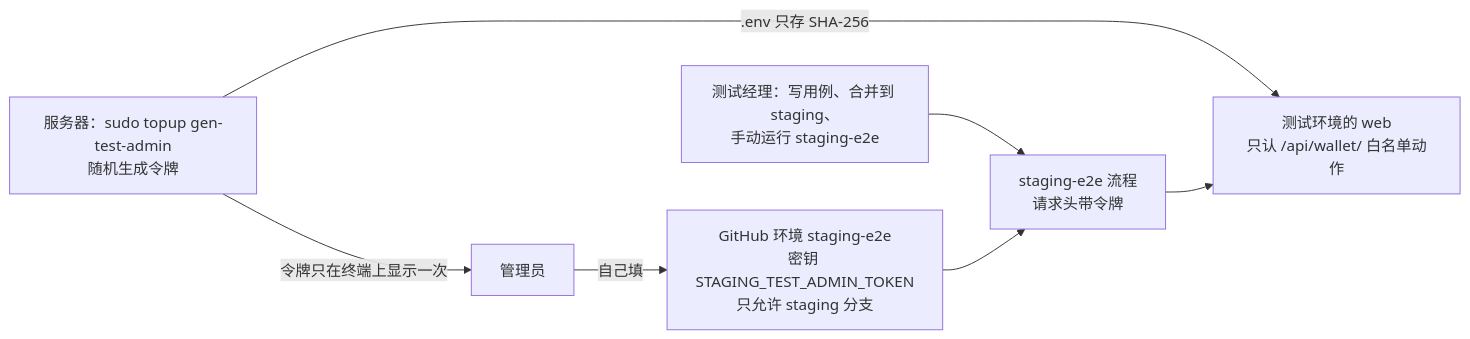
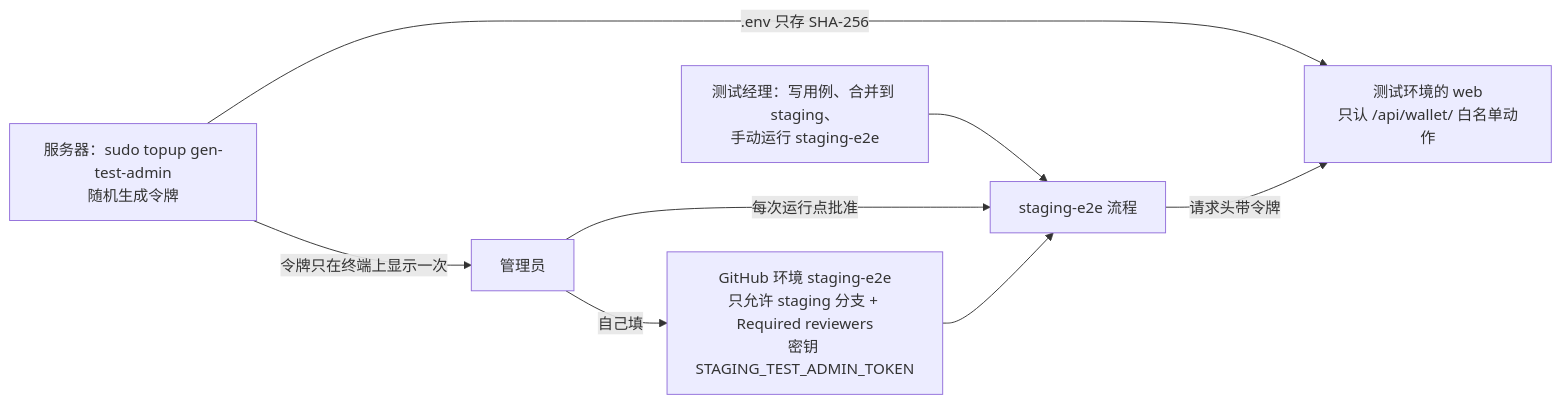
The second of 2 diagrams in deploy/README.md (dollar3651314/TopUP), drawn with Mermaid before and after one commit. The commit also changed other lines of this file and 15 other files, not shown here.

````diff
--- a/deploy/README.md
+++ b/deploy/README.md
@@ -105,8 +105,9 @@
 ```mermaid
 flowchart LR
   S["服务器：sudo topup gen-test-admin<br/>随机生成令牌"] -->|".env 只存 SHA-256"| APP["测试环境的 web<br/>只认 /api/wallet/ 白名单动作"]
   S -->|"令牌只在终端上显示一次"| A["管理员"]
-  A -->|"自己填"| GH["GitHub 环境 staging-e2e<br/>密钥 STAGING_TEST_ADMIN_TOKEN<br/>只允许 staging 分支"]
-  T["测试经理：写用例、合并到 staging、<br/>手动运行 staging-e2e"] --> WF["staging-e2e 流程<br/>请求头带令牌"]
-  GH --> WF --> APP
+  A -->|"自己填"| GH["GitHub 环境 staging-e2e<br/>只允许 staging 分支 + Required reviewers<br/>密钥 STAGING_TEST_ADMIN_TOKEN"]
+  T["测试经理：写用例、合并到 staging、<br/>手动运行 staging-e2e"] --> WF["staging-e2e 流程"]
+  A -->|"每次运行点批准"| WF
+  GH --> WF -->|"请求头带令牌"| APP
 ```
````
